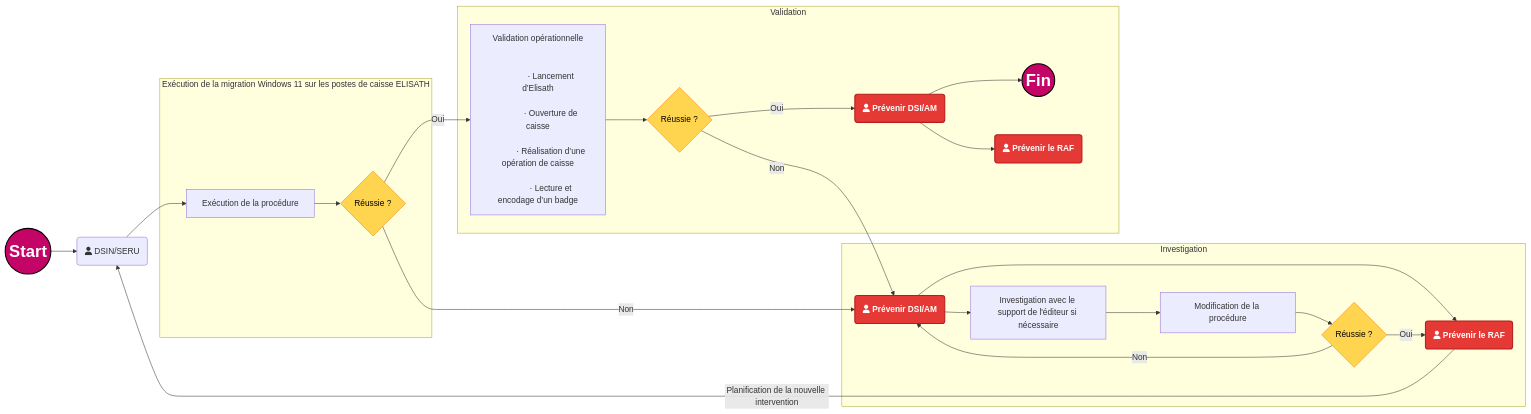
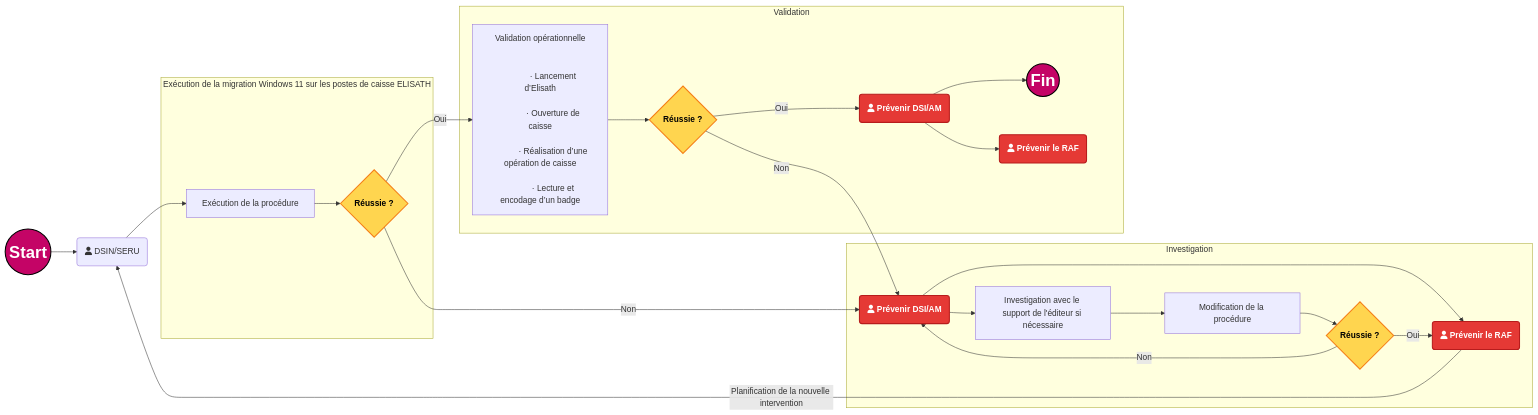
One commit to fdadda/iodraw-files changed the diagram in all/Flux de validation.md. Above: the diagram before and after it, drawn with Mermaid.

Commit message:
2026-05-12 11:48:08 update

````diff
--- a/all/Flux de validation.md
+++ b/all/Flux de validation.md
@@ -1,60 +1,60 @@
 ```mermaid
 flowchart LR
 
     start((Start)) --> A
     A(fa:fa-user DSIN/SERU) --> B[Exécution de la procédure]
 
     subgraph Exécution de la migration Windows 11 sur les postes de caisse ELISATH
         B --> C{Réussie ?}
     end
 
     subgraph Validation
         C -->|Oui| D["Validation opérationnelle<br/><br/>
             · Lancement d’Elisath<br/>
             · Ouverture de caisse<br/>
             · Réalisation d’une opération de caisse<br/>
             · Lecture et encodage d’un badge"]
 
         D --> Val{Réussie ?}
 
         Val -->|Oui| PrevDSI(fa:fa-user Prévenir DSI/AM)
        
         PrevDSI --> fin((Fin))
         PrevDSI  --> PrevRAF(fa:fa-user Prévenir le RAF)
     end
     Val --> |Non| E
     subgraph Investigation
         C -->|Non| E(fa:fa-user Prévenir DSI/AM)
         E --> F(fa:fa-user Prévenir le RAF)
         E --> G[Investigation avec le support de l'éditeur si nécessaire]
         G --> H[Modification de la procédure]
         H --> I{Réussie ?}
         I -->|Oui| F
         I -->|Non| E
     end
 
     F -->|Planification de la nouvelle intervention| A
 
     %% --- STYLES ---
     classDef StartEndPoint fill:#c40466,stroke:#000,color:#fff,stroke-width:2px,font-size:32px,font-weight:bold;
-    classDef decision      fill:#ffd54f,stroke:#f57f17,color:#000,stroke-width:2pxfont-weight:bold;
+    classDef decision      fill:#ffd54f,stroke:#f57f17,color:#000,stroke-width:2px,font-size:16px,font-weight:bold;
     classDef error         fill:#e53935,stroke:#b71c1c,color:#fff,stroke-width:2px,font-weight:bold;
 
     %% --- AFFECTATION DES CLASSES ---
     class start,fin StartEndPoint;
     class C,I,Val decision;
     class E,F,PrevDSI,PrevRAF error;
 
     %% --- “CEINTURE + BRETELLES” (force le style sur les 2 nœuds) ---
     %%style start font-size:32px,font-weight:bold
     %%style fin   font-size:32px,font-weight:bold
 
     %% --- Codes couleur (commentaires) ---
     %% Bleu marine #000080
     %% Midnight blue #191970
     %% Bleu foncé intense #080F70
     %% Bleu foncé moderne #111184
     %% Orange #ffd54f
     %% Rouge #e53935
     %% Rose CAPI #c40466
 ```
````
